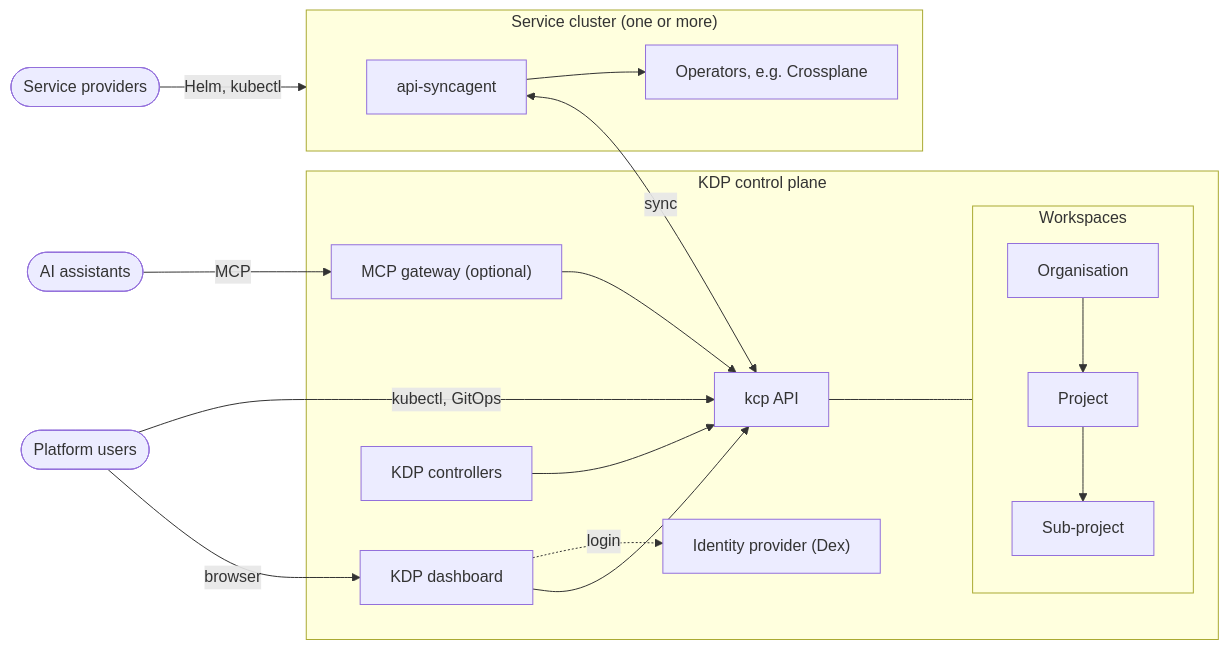
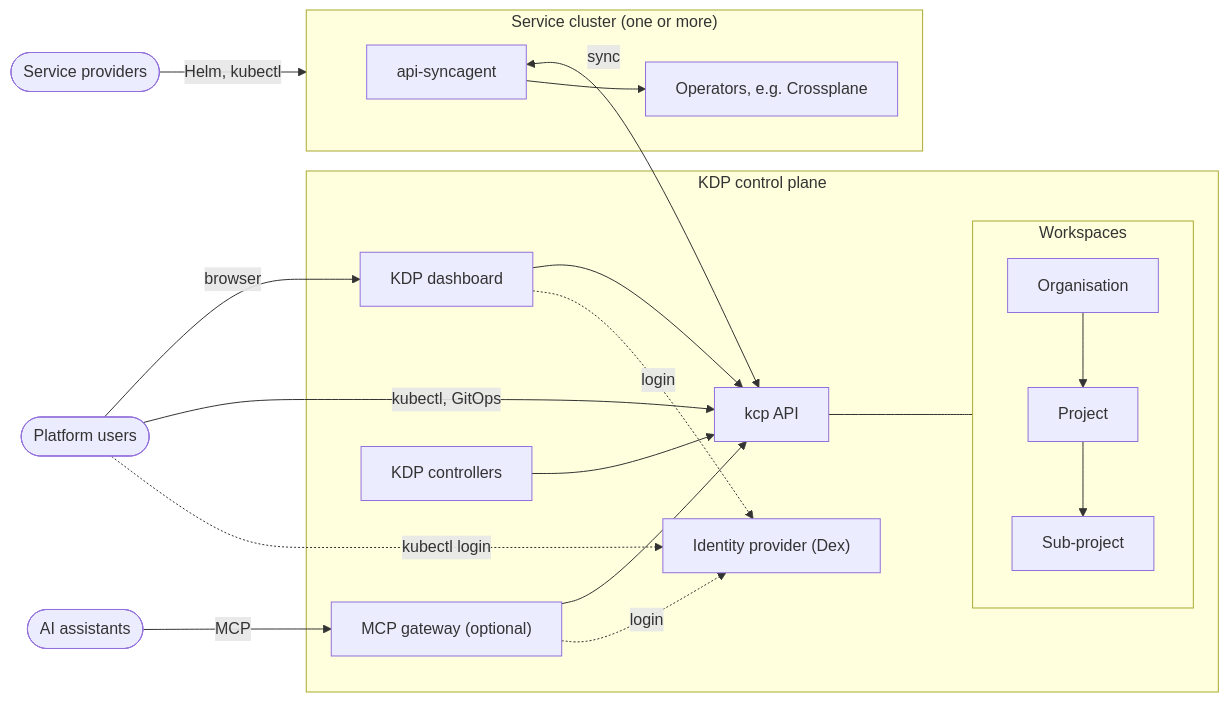
Before and after one commit to kubermatic/docs: the diagram in content/developer-platform/v1.2/_index.en.md, drawn with Mermaid. The commit also changed 8 other files, not shown here.

````diff
--- a/content/developer-platform/v1.2/_index.en.md
+++ b/content/developer-platform/v1.2/_index.en.md
@@ -16,34 +16,36 @@
 ```mermaid
 flowchart LR
     users(["Platform users"])
     agents(["AI assistants"])
     providers(["Service providers"])
 
     subgraph cp["KDP control plane"]
         dash["KDP dashboard"]
         mcp["MCP gateway (optional)"]
         dex["Identity provider (Dex)"]
         kcp["kcp API"]
         ctrl["KDP controllers"]
         subgraph ws["Workspaces"]
             org["Organisation"] --> proj["Project"] --> sub["Sub-project"]
         end
     end
 
     subgraph sc["Service cluster (one or more)"]
         agent["api-syncagent"]
         ops["Operators, e.g. Crossplane"]
     end
 
     users -->|browser| dash
     users -->|kubectl, GitOps| kcp
     agents -->|MCP| mcp
     dash --> kcp
     mcp --> kcp
     dash -.->|login| dex
+    users -.->|kubectl login| dex
+    mcp -.->|login| dex
     ctrl --> kcp
     kcp --- ws
     agent <-->|sync| kcp
     agent --> ops
     providers -->|Helm, kubectl| sc
 ```
````
